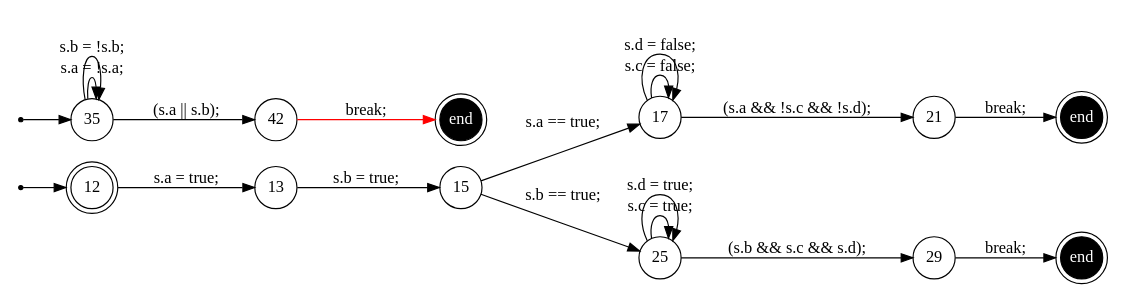
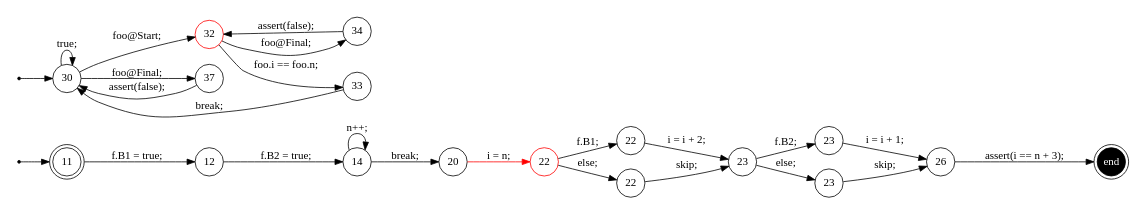
The diagram in trace/22.dot (samilazregsuidi/Daedalux), drawn with Graphviz before and after one commit. The commit also changed 63 other files, not shown here.

```diff
--- a/trace/22.dot
+++ b/trace/22.dot
@@ -1,37 +1,48 @@
 digraph finite_state_machine {
 	rankdir=LR
 	size="8,5"
-	94437505318000 [label = 12, shape = doublecircle, fixedsize = true]; 
-	s94437505318000 [shape = point];
-	94437505313568 [label = 35, shape = doublecircle, fixedsize = true]; 
-	s94437505313568 [shape = point];
-	e94437505311632 [shape = doublecircle, fixedsize = true, style = filled, fillcolor = black, fontcolor = white,  label = end];
-	e94437505313776 [shape = doublecircle, fixedsize = true, style = filled, fillcolor = black, fontcolor = white,  label = end];
-	e94437505315632 [shape = doublecircle, fixedsize = true, style = filled, fillcolor = black, fontcolor = white,  label = end];
-	 94437505318080 [label = 13, shape = circle, fixedsize = true ];
-	 94437505309632 [label = 15, shape = circle, fixedsize = true ];
-	 94437505310224 [label = 17, shape = circle, fixedsize = true ];
-	 94437505311632 [label = 21, shape = circle, fixedsize = true ];
-	 94437505312144 [label = 25, shape = circle, fixedsize = true ];
-	 94437505313776 [label = 29, shape = circle, fixedsize = true ];
-	 94437505313568 [label = 35, shape = circle, fixedsize = true ];
-	 94437505315632 [label = 42, shape = circle, fixedsize = true ];
-	s94437505318000 -> 94437505318000;
-	s94437505313568 -> 94437505313568;
-	94437505318000 -> 94437505318080 [ label = "s.a = true; "];
-	94437505318080 -> 94437505309632 [ label = "s.b = true; "];
-	94437505309632 -> 94437505310224 [ label = "s.a == true; "];
-	94437505310224 -> 94437505310224 [ label = "s.c = false; "];
-	94437505310224 -> 94437505310224 [ label = "s.d = false; "];
-	94437505310224 -> 94437505311632 [ label = "(s.a && !s.c && !s.d); "];
-	94437505311632 -> e94437505311632 [ label = "break; "];
-	94437505309632 -> 94437505312144 [ label = "s.b == true; "];
-	94437505312144 -> 94437505312144 [ label = "s.c = true; "];
-	94437505312144 -> 94437505312144 [ label = "s.d = true; "];
-	94437505312144 -> 94437505313776 [ label = "(s.b && s.c && s.d); "];
-	94437505313776 -> e94437505313776 [ label = "break; "];
-	94437505313568 -> 94437505313568 [ label = "s.a = !s.a; "];
-	94437505313568 -> 94437505313568 [ label = "s.b = !s.b; "];
-	94437505313568 -> 94437505315632 [ label = "(s.a || s.b); "];
-	94437505315632 -> e94437505315632 [color = red, label = "break; "];
+	93824993311008 [label = 11, shape = doublecircle, fixedsize = true]; 
+	s93824993311008 [shape = point];
+	93824993307216 [label = 30, shape = doublecircle, fixedsize = true]; 
+	s93824993307216 [shape = point];
+	e93824993306544 [shape = doublecircle, fixedsize = true, style = filled, fillcolor = black, fontcolor = white,  label = end];
+	 93824993312480 [label = 12, shape = circle, fixedsize = true ];
+	 93824993302560 [label = 14, shape = circle, fixedsize = true ];
+	 93824993303360 [label = 20, shape = circle, fixedsize = true ];
+	 93824993303680 [label = 22, shape = circle, color = red, fixedsize = true ];
+	 93824993304480 [label = 22, shape = circle, fixedsize = true ];
+	 93824993305200 [label = 22, shape = circle, fixedsize = true ];
+	 93824993304992 [label = 23, shape = circle, fixedsize = true ];
+	 93824993306032 [label = 23, shape = circle, fixedsize = true ];
+	 93824993306752 [label = 23, shape = circle, fixedsize = true ];
+	 93824993306544 [label = 26, shape = circle, fixedsize = true ];
+	 93824993307216 [label = 30, shape = circle, fixedsize = true ];
+	 93824993307984 [label = 32, shape = circle, color = red, fixedsize = true ];
+	 93824993308816 [label = 33, shape = circle, fixedsize = true ];
+	 93824993309536 [label = 34, shape = circle, fixedsize = true ];
+	 93824993310048 [label = 37, shape = circle, fixedsize = true ];
+	s93824993311008 -> 93824993311008;
+	s93824993307216 -> 93824993307216;
+	93824993311008 -> 93824993312480 [ label = "f.B1 = true; "];
+	93824993312480 -> 93824993302560 [ label = "f.B2 = true; "];
+	93824993302560 -> 93824993303360 [ label = "break; "];
+	93824993302560 -> 93824993302560 [ label = "n++; "];
+	93824993303360 -> 93824993303680 [color = red, label = "i = n; "];
+	93824993303680 -> 93824993304480 [ label = "f.B1; "];
+	93824993304480 -> 93824993304992 [ label = "i = i + 2; "];
+	93824993303680 -> 93824993305200 [ label = "else; "];
+	93824993305200 -> 93824993304992 [ label = "skip; "];
+	93824993304992 -> 93824993306032 [ label = "f.B2; "];
+	93824993306032 -> 93824993306544 [ label = "i = i + 1; "];
+	93824993304992 -> 93824993306752 [ label = "else; "];
+	93824993306752 -> 93824993306544 [ label = "skip; "];
+	93824993306544 -> e93824993306544 [ label = "assert(i == n + 3); "];
+	93824993307216 -> 93824993307984 [ label = "foo@Start; "];
+	93824993307984 -> 93824993308816 [ label = "foo.i == foo.n; "];
+	93824993308816 -> 93824993307216 [ label = "break; "];
+	93824993307984 -> 93824993309536 [ label = "foo@Final; "];
+	93824993309536 -> 93824993307984 [ label = "assert(false); "];
+	93824993307216 -> 93824993310048 [ label = "foo@Final; "];
+	93824993310048 -> 93824993307216 [ label = "assert(false); "];
+	93824993307216 -> 93824993307216 [ label = "true; "];
 }
```
